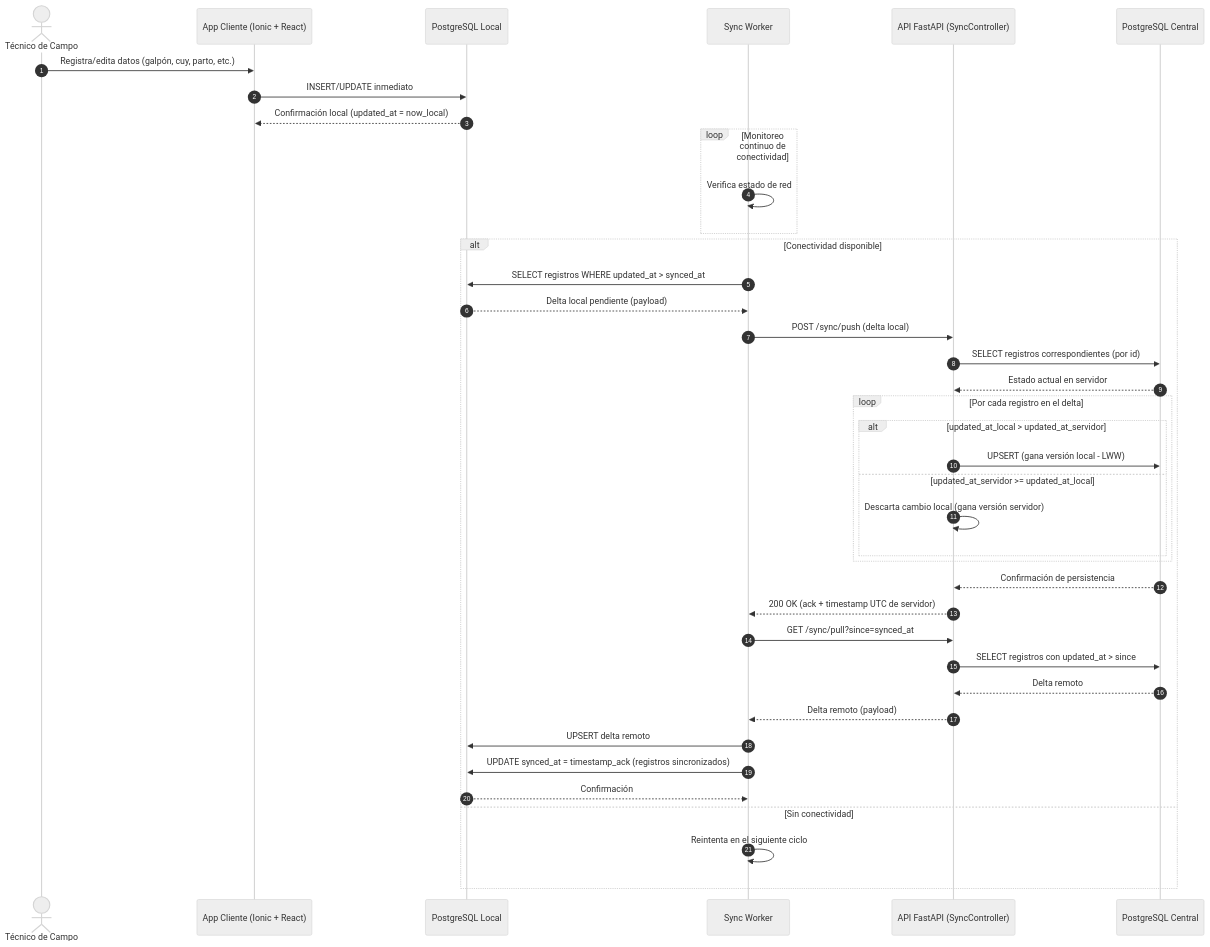
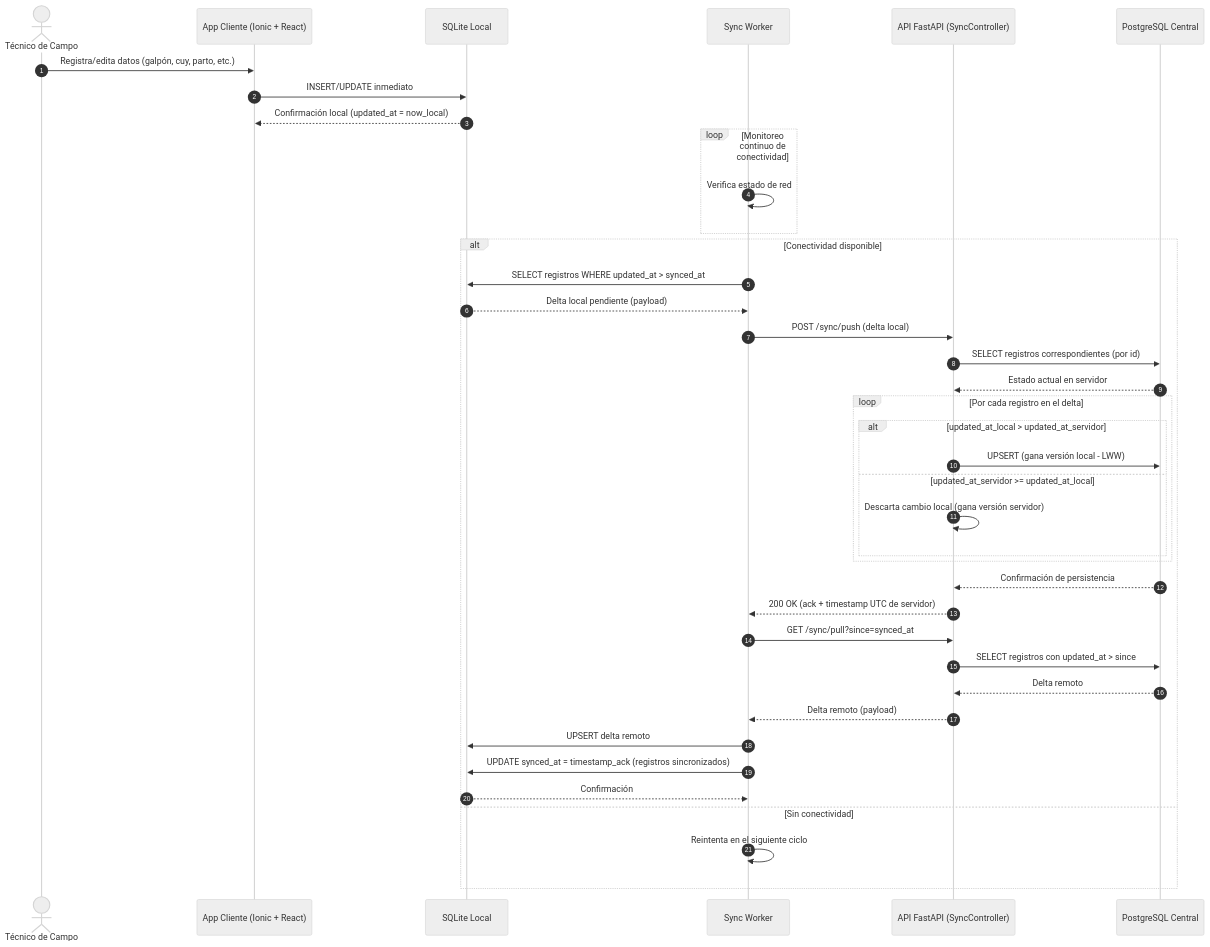
The fourth of 6 diagrams in docs/CuyiElite_Arquitectura_Tecnica.md (oskar-ortiz/Cuyielite), drawn with Mermaid (neutral theme) before and after one commit. The commit also changed other lines of this file and 4 other files, not shown here.

Commit message:
docs(arquitectura): alinea documentación con SQLite local

````diff
--- a/docs/CuyiElite_Arquitectura_Tecnica.md
+++ b/docs/CuyiElite_Arquitectura_Tecnica.md
@@ -449,46 +475,46 @@
 ```mermaid
 sequenceDiagram
     autonumber
     actor Tec as Técnico de Campo
     participant App as App Cliente (Ionic + React)
-    participant Local as PostgreSQL Local
+    participant Local as SQLite Local
     participant Worker as Sync Worker
     participant API as API FastAPI (SyncController)
     participant Central as PostgreSQL Central
 
     Tec->>App: Registra/edita datos (galpón, cuy, parto, etc.)
     App->>Local: INSERT/UPDATE inmediato
     Local-->>App: Confirmación local (updated_at = now_local)
 
     loop Monitoreo continuo de conectividad
         Worker->>Worker: Verifica estado de red
     end
 
     alt Conectividad disponible
         Worker->>Local: SELECT registros WHERE updated_at > synced_at
         Local-->>Worker: Delta local pendiente (payload)
         Worker->>API: POST /sync/push (delta local)
         API->>Central: SELECT registros correspondientes (por id)
         Central-->>API: Estado actual en servidor
 
         loop Por cada registro en el delta
             alt updated_at_local > updated_at_servidor
                 API->>Central: UPSERT (gana versión local - LWW)
             else updated_at_servidor >= updated_at_local
                 API->>API: Descarta cambio local (gana versión servidor)
             end
         end
 
         Central-->>API: Confirmación de persistencia
         API-->>Worker: 200 OK (ack + timestamp UTC de servidor)
         Worker->>API: GET /sync/pull?since=synced_at
         API->>Central: SELECT registros con updated_at > since
         Central-->>API: Delta remoto
         API-->>Worker: Delta remoto (payload)
         Worker->>Local: UPSERT delta remoto
         Worker->>Local: UPDATE synced_at = timestamp_ack (registros sincronizados)
         Local-->>Worker: Confirmación
     else Sin conectividad
         Worker->>Worker: Reintenta en el siguiente ciclo
     end
 ```
````
